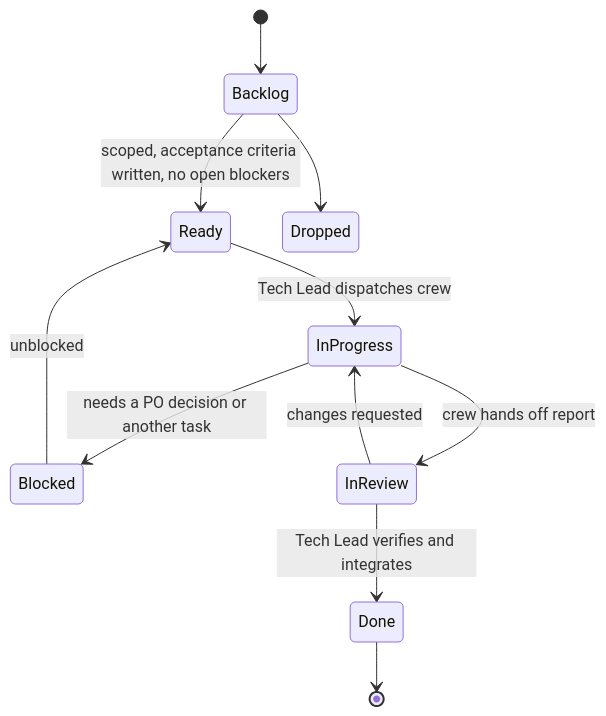
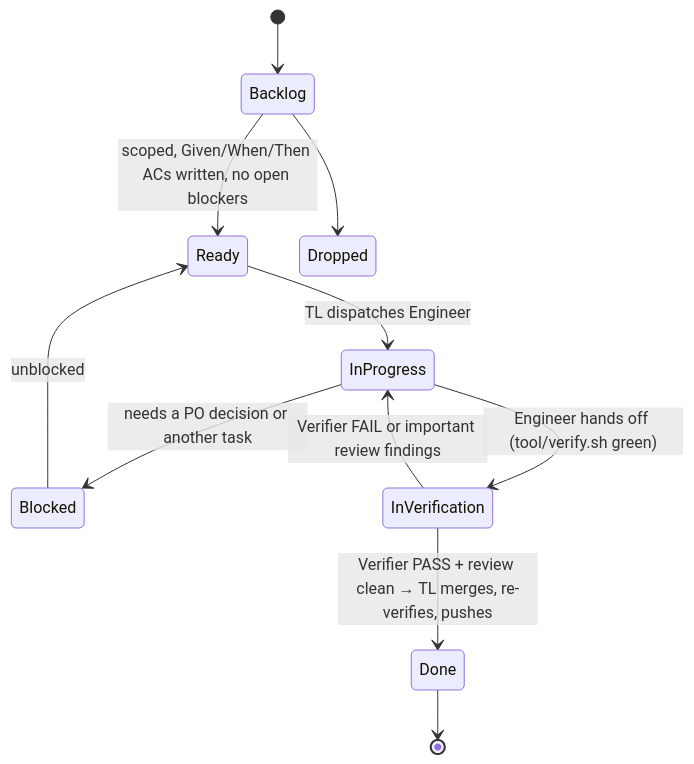
Before and after one commit to emiliev/mini-client-application: the first of 2 diagrams in documents/fleet/protocol.md, drawn with Mermaid. The commit also changed other lines of this file and 19 other files, not shown here.

````diff
--- a/documents/fleet/protocol.md
+++ b/documents/fleet/protocol.md
@@ -7,13 +7,13 @@
 ```mermaid
 stateDiagram-v2
     [*] --> Backlog
-    Backlog --> Ready: scoped, acceptance criteria written, no open blockers
+    Backlog --> Ready: scoped, Given/When/Then ACs written, no open blockers
     Backlog --> Dropped
-    Ready --> InProgress: Tech Lead dispatches crew
+    Ready --> InProgress: TL dispatches Engineer
     InProgress --> Blocked: needs a PO decision or another task
     Blocked --> Ready: unblocked
-    InProgress --> InReview: crew hands off report
-    InReview --> InProgress: changes requested
-    InReview --> Done: Tech Lead verifies and integrates
+    InProgress --> InVerification: Engineer hands off (tool/verify.sh green)
+    InVerification --> InProgress: Verifier FAIL or important review findings
+    InVerification --> Done: Verifier PASS + review clean → TL merges, re-verifies, pushes
     Done --> [*]
 ```
````
